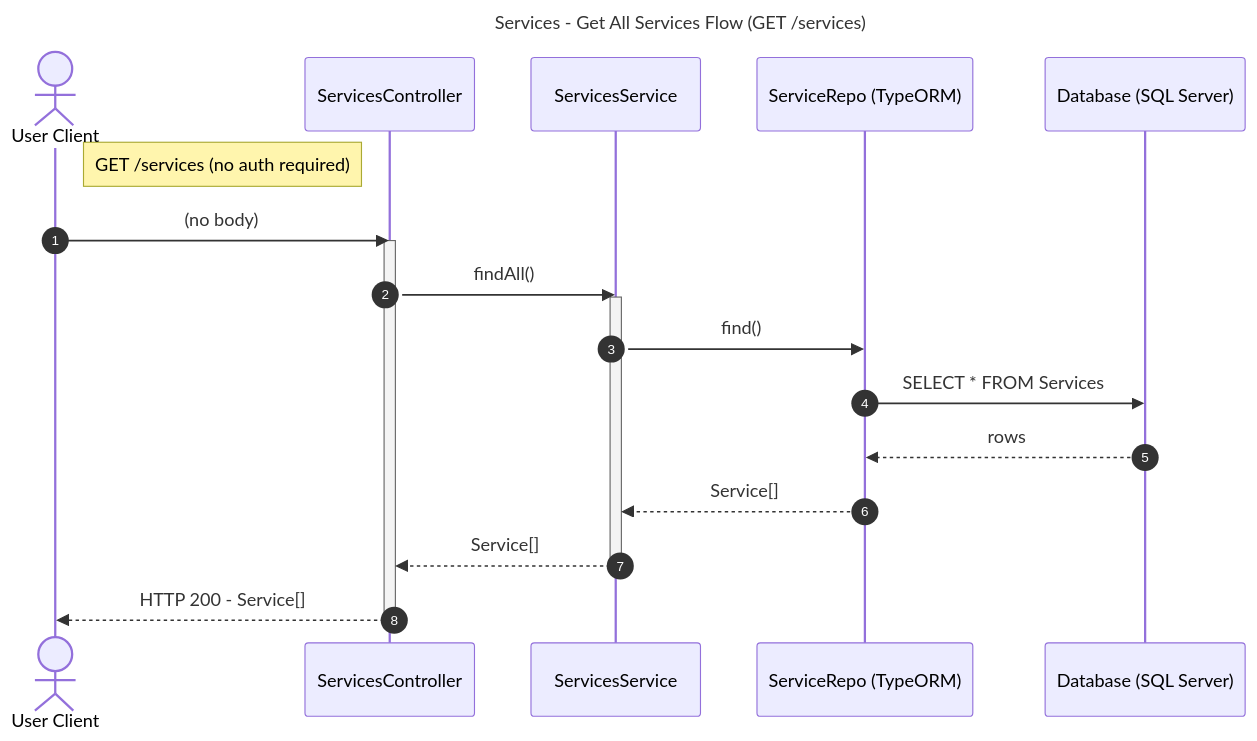
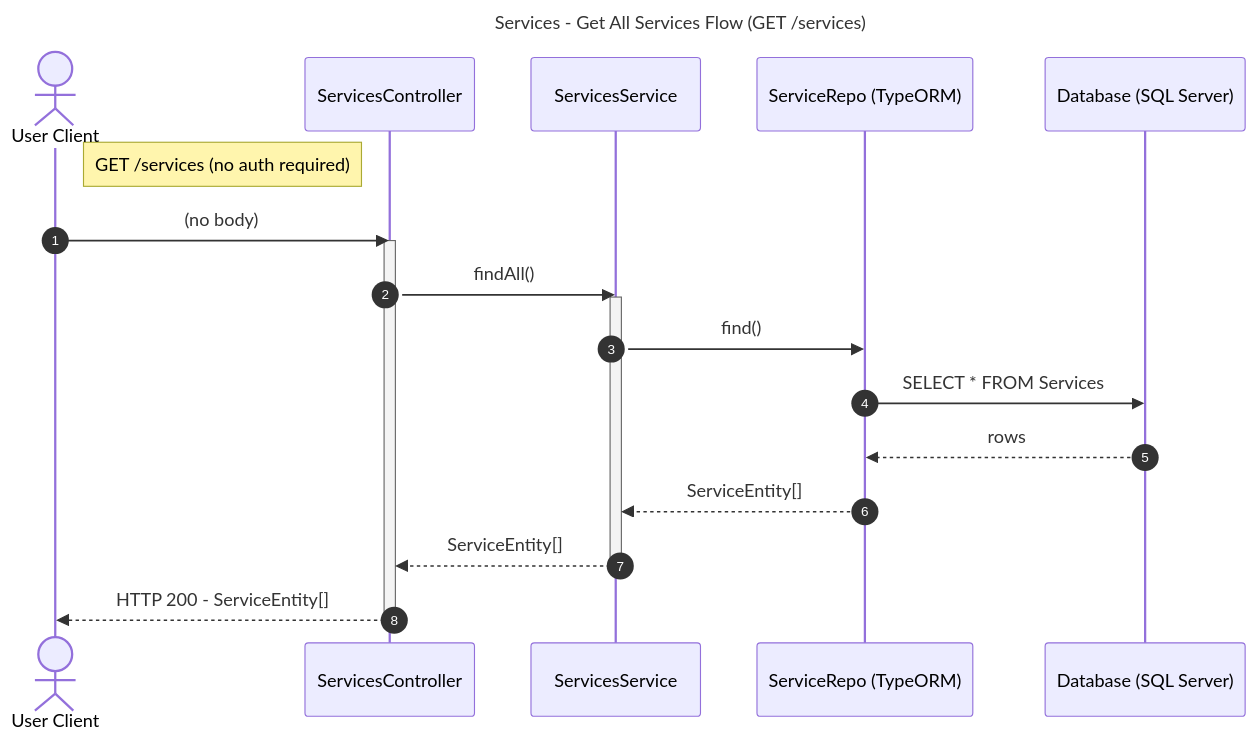
Before and after one commit to Notimemech/HotelHubManagement: the diagram in docs/modules/services/sequence/find-all.mmd, drawn with Mermaid. The commit also changed 6 other files, not shown here.

First line of the commit message:
Refactor service-related sequence diagrams and update database schema

```diff
--- a/docs/modules/services/sequence/find-all.mmd
+++ b/docs/modules/services/sequence/find-all.mmd
@@ -1,24 +1,24 @@
 ---
 title: Services - Get All Services Flow (GET /services)
 ---
 sequenceDiagram
     autonumber
     actor Client as User Client
     participant Ctrl as ServicesController
-    participant Service as ServicesService
+    participant Svc as ServicesService
     participant ServiceRepo as ServiceRepo (TypeORM)
     participant DB as Database (SQL Server)
 
-    note right of Client: GET /services (no auth required)
+    Note right of Client: GET /services (no auth required)
     Client->>Ctrl: (no body)
     activate Ctrl
-    Ctrl->>Service: findAll()
-    activate Service
-    Service->>ServiceRepo: find()
+    Ctrl->>Svc: findAll()
+    activate Svc
+    Svc->>ServiceRepo: find()
     ServiceRepo->>DB: SELECT * FROM Services
     DB-->>ServiceRepo: rows
-    ServiceRepo-->>Service: Service[]
-    Service-->>Ctrl: Service[]
-    deactivate Service
-    Ctrl-->>Client: HTTP 200 - Service[]
+    ServiceRepo-->>Svc: ServiceEntity[]
+    Svc-->>Ctrl: ServiceEntity[]
+    deactivate Svc
+    Ctrl-->>Client: HTTP 200 - ServiceEntity[]
     deactivate Ctrl
```
